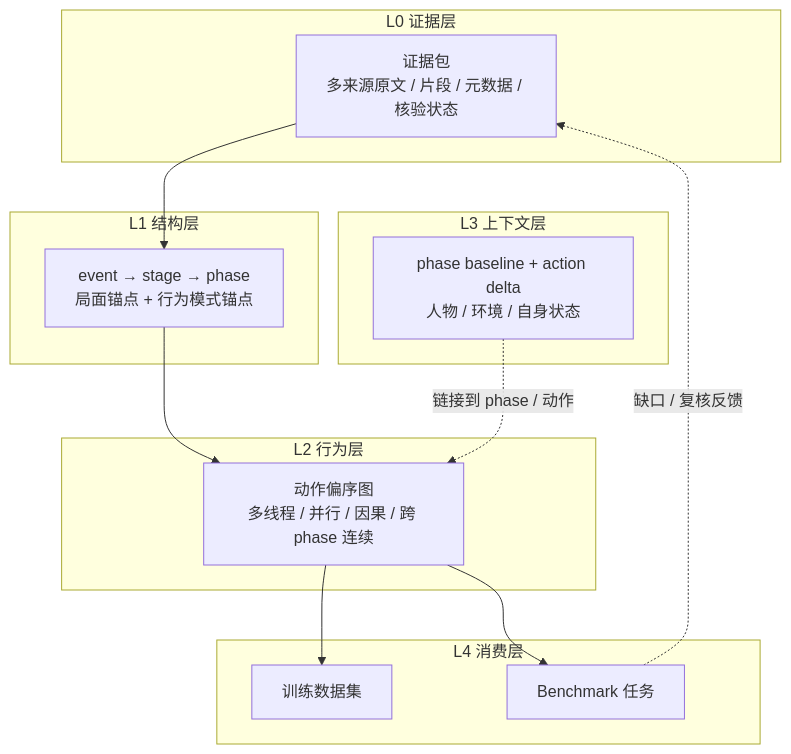
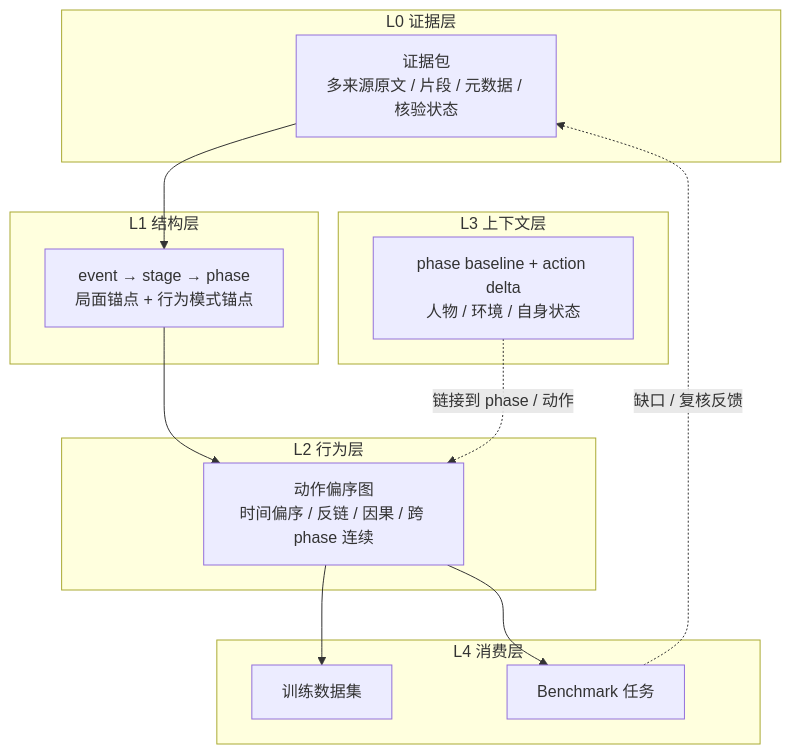
Before and after one commit to AgenticFinLab/FinMycelium: the diagram in docs/structures/0-overview.md, drawn with Mermaid. The commit also changed other lines of this file and 5 other files, not shown here.

First line of the commit message:
docs: formalize PBG action graph and phase-layer structure

````diff
--- a/docs/structures/0-overview.md
+++ b/docs/structures/0-overview.md
@@ -62,24 +62,24 @@
 ```mermaid
 flowchart TB
     subgraph L0["L0 证据层"]
         EP["证据包<br/>多来源原文 / 片段 / 元数据 / 核验状态"]
     end
     subgraph L1["L1 结构层"]
         H["event → stage → phase<br/>局面锚点 + 行为模式锚点"]
     end
     subgraph L2["L2 行为层"]
-        G["动作偏序图<br/>多线程 / 并行 / 因果 / 跨 phase 连续"]
+        G["动作偏序图<br/>时间偏序 / 反链 / 因果 / 跨 phase 连续"]
     end
     subgraph L3["L3 上下文层"]
         C["phase baseline + action delta<br/>人物 / 环境 / 自身状态"]
     end
     subgraph L4["L4 消费层"]
         DS["训练数据集"]
         BM["Benchmark 任务"]
     end
     EP --> H --> G
     C -.->|链接到 phase / 动作| G
     G --> DS
     G --> BM
     BM -.->|缺口 / 复核反馈| EP
 ```
````
